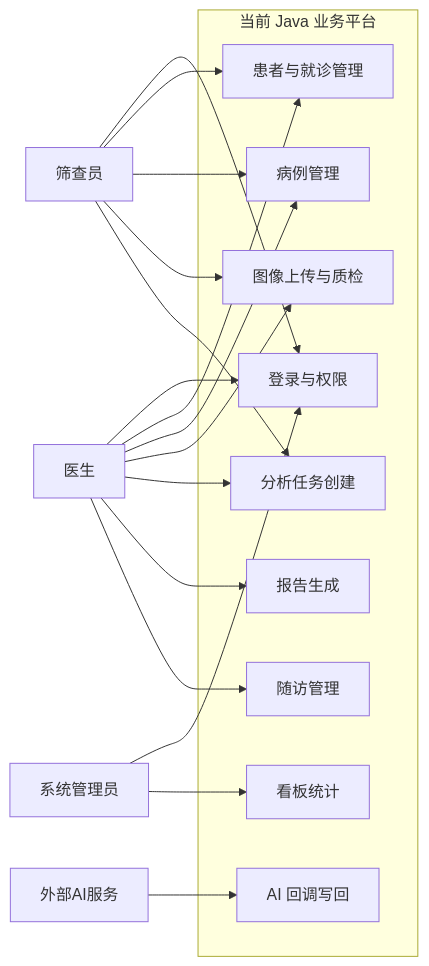
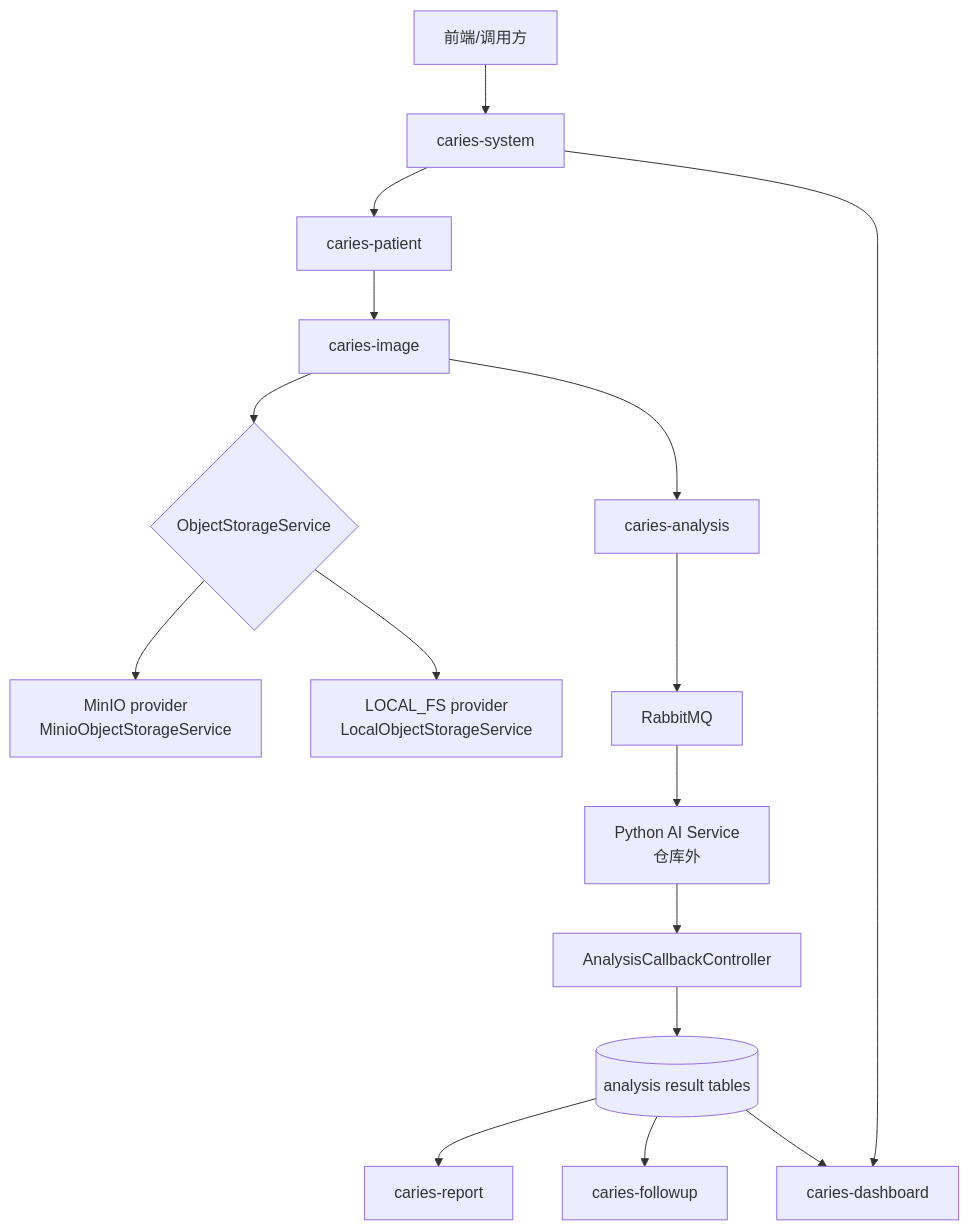
One commit to lizhuoheng47/caries_guard changed the first of 10 diagrams in Documents/02_UML图集.md. Above: the diagram before and after it, drawn with Mermaid. The commit also changed other lines of this file and 16 other files, not shown here.

````diff
--- a/Documents/02_UML图集.md
+++ b/Documents/02_UML图集.md
@@ -14,38 +9,18 @@
 ```mermaid
-flowchart LR
-    Doctor[医生]
-    Screener[筛查员]
-    Admin[系统管理员]
-    AISvc[外部AI服务]
-
-    subgraph CG[当前 Java 业务平台]
-        UC1[登录与权限]
-        UC2[患者与就诊管理]
-        UC3[病例管理]
-        UC4[图像上传与质检]
-        UC5[分析任务创建]
-        UC6[AI 回调写回]
-        UC7[报告生成]
-        UC8[随访管理]
-        UC9[看板统计]
-    end
-
-    Doctor --> UC1
-    Doctor --> UC2
-    Doctor --> UC3
-    Doctor --> UC4
-    Doctor --> UC5
-    Doctor --> UC7
-    Doctor --> UC8
-
-    Screener --> UC1
-    Screener --> UC2
-    Screener --> UC3
-    Screener --> UC4
-    Screener --> UC5
-
-    Admin --> UC1
-    Admin --> UC9
-
-    AISvc --> UC6
+flowchart TB
+  Client[前端/调用方] --> Auth[caries-system]
+  Auth --> Patient[caries-patient]
+  Patient --> Image[caries-image]
+  Image --> Storage{ObjectStorageService}
+  Storage --> MinIO[MinIO provider\nMinioObjectStorageService]
+  Storage --> LocalFS[LOCAL_FS provider\nLocalObjectStorageService]
+  Image --> Analysis[caries-analysis]
+  Analysis --> MQ[RabbitMQ]
+  MQ --> Python[Python AI Service\n仓库外]
+  Python --> Callback[AnalysisCallbackController]
+  Callback --> Result[(analysis result tables)]
+  Result --> Report[caries-report]
+  Result --> Followup[caries-followup]
+  Result --> Dashboard[caries-dashboard]
+  Auth --> Dashboard
 ```
````
